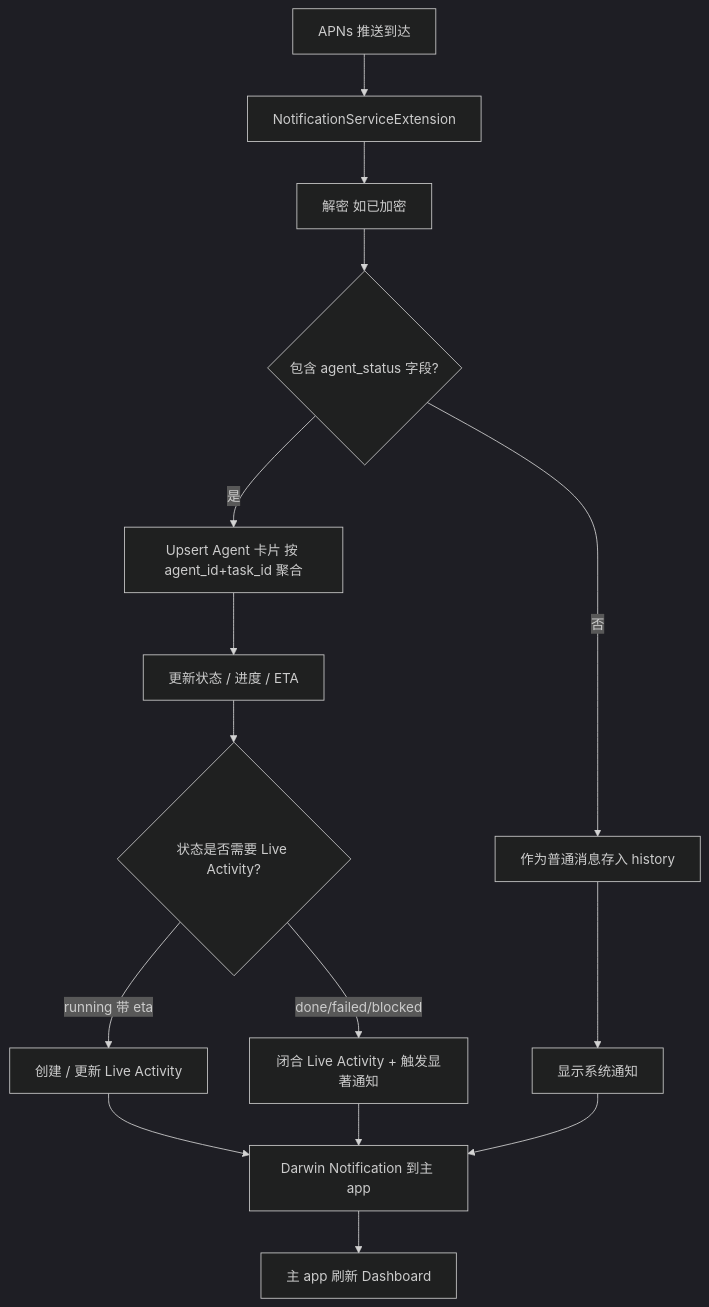
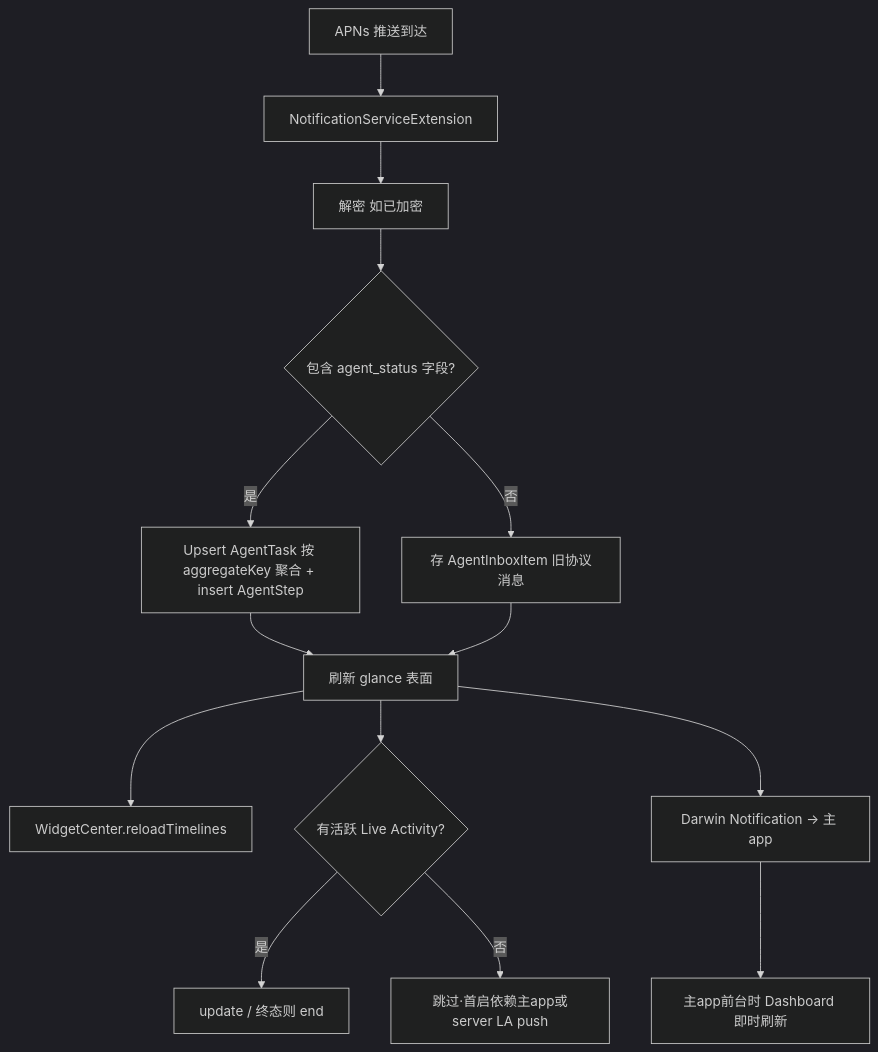
Before and after one commit to rtxIII/BarkMate: the first of 2 diagrams in doc/product.md, drawn with Mermaid (dark theme). The commit also changed other lines of this file and 18 other files, not shown here.

````diff
--- a/doc/product.md
+++ b/doc/product.md
@@ -258,17 +233,16 @@
 ```mermaid
 flowchart TD
     A[APNs 推送到达] --> B[NotificationServiceExtension]
     B --> C[解密 如已加密]
     C --> D{包含 agent_status 字段?}
-    D -->|是| E[Upsert Agent 卡片 按 agent_id+task_id 聚合]
-    D -->|否| F[作为普通消息存入 history]
-    E --> G[更新状态 / 进度 / ETA]
-    G --> H{状态是否需要 Live Activity?}
-    H -->|running 带 eta| I[创建 / 更新 Live Activity]
-    H -->|done/failed/blocked| J[闭合 Live Activity + 触发显著通知]
-    F --> K[显示系统通知]
-    I --> L[Darwin Notification 到主 app]
-    J --> L
-    K --> L
-    L --> M[主 app 刷新 Dashboard]
+    D -->|是| E[Upsert AgentTask 按 aggregateKey 聚合 + insert AgentStep]
+    D -->|否| F[存 AgentInboxItem 旧协议消息]
+    E --> G[刷新 glance 表面]
+    F --> G
+    G --> H[WidgetCenter.reloadTimelines]
+    G --> I{有活跃 Live Activity?}
+    I -->|是| J[update / 终态则 end]
+    I -->|否| K[跳过·首启依赖主app或server LA push]
+    G --> L[Darwin Notification → 主 app]
+    L --> M[主app前台时 Dashboard 即时刷新]
 ```
````
